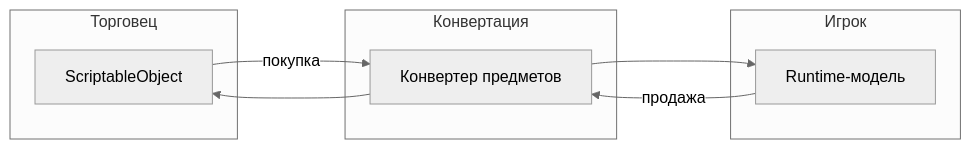
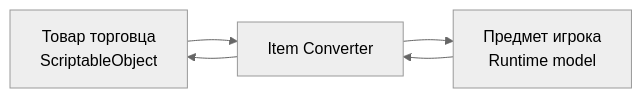
The third of 3 diagrams in .docs/content/examples/trading.md (SergeevSergey99/DragAndDropSystem-Docs), drawn with Mermaid (neutral theme) before and after one commit. The commit also changed other lines of this file and 16 other files, not shown here.

````diff
--- a/.docs/content/examples/trading.md
+++ b/.docs/content/examples/trading.md
@@ -98,19 +87,7 @@
 ```mermaid
 flowchart LR
-    subgraph Торговец
-        SO["ScriptableObject"]
-    end
-
-    subgraph Конвертация
-        К["Конвертер предметов"]
-    end
-
-    subgraph Игрок
-        М["Runtime-модель"]
-    end
-
-    SO -->|"покупка"| К
-    К --> М
-    М -->|"продажа"| К
-    К --> SO
+    SO["Товар торговца<br/>ScriptableObject"] --> Conv["Item Converter"]
+    Conv --> Model["Предмет игрока<br/>Runtime model"]
+    Model --> Conv
+    Conv --> SO
 ```
````
